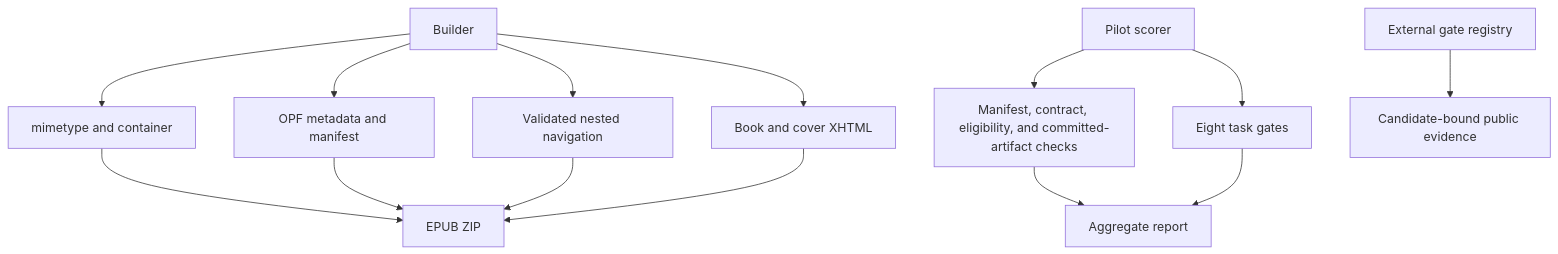
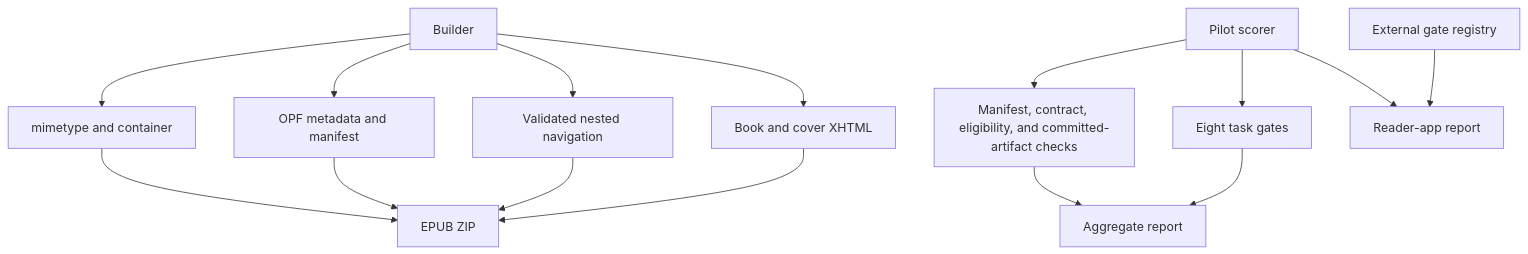
One commit to streamentry/streamentry changed the second of 5 diagrams in scripts/AGENTS.md. Above: the diagram before and after it, drawn with Mermaid. The commit also changed other lines of this file and 33 other files, not shown here.

````diff
--- a/scripts/AGENTS.md
+++ b/scripts/AGENTS.md
@@ -49,16 +49,17 @@
 ```mermaid
 flowchart TB
   B["Builder"] --> M["mimetype and container"]
   B --> O["OPF metadata and manifest"]
   B --> N["Validated nested navigation"]
   B --> X["Book and cover XHTML"]
   M --> Z["EPUB ZIP"]
   O --> Z
   N --> Z
   X --> Z
   S["Pilot scorer"] --> R["Manifest, contract, eligibility, and committed-artifact checks"]
   S --> G["Eight task gates"]
   Q["External gate registry"] --> E["Candidate-bound public evidence"]
   R --> A["Aggregate report"]
   G --> A
+  S --> E["Reader-app report"]
 ```
````
